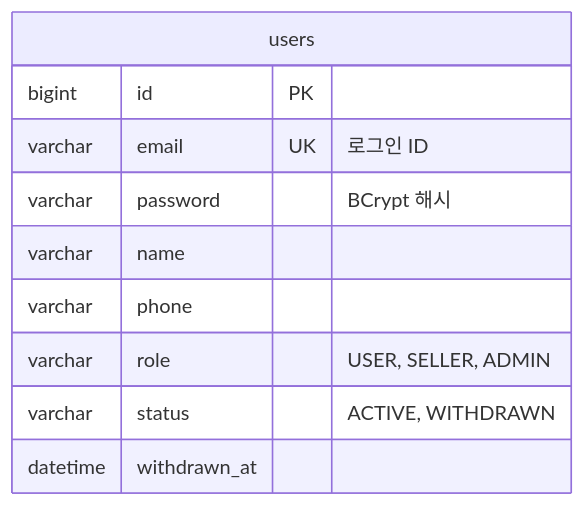
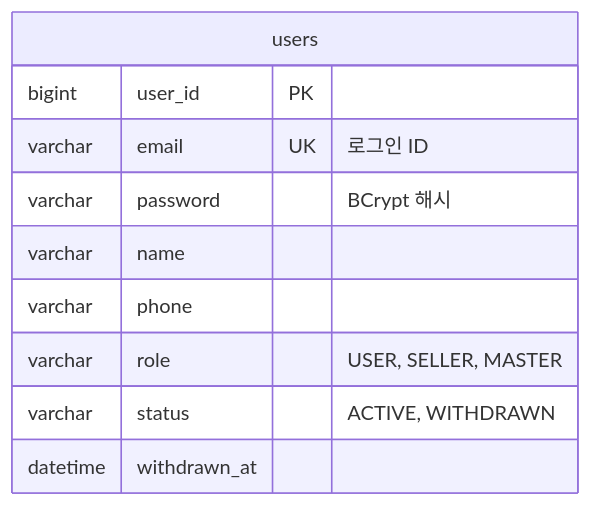
Before and after one commit to Good-Ticket-Service/ticket: the diagram in docs/user/tables.md, drawn with Mermaid. The commit also changed other lines of this file and 1 other file, not shown here.

First line of the commit message:
docs(user): 회원 API·테이블 문서를 구현에 맞춤

````diff
--- a/docs/user/tables.md
+++ b/docs/user/tables.md
@@ -10,13 +10,13 @@
 ```mermaid
 erDiagram
     users {
-        bigint id PK
+        bigint user_id PK
         varchar email UK "로그인 ID"
         varchar password "BCrypt 해시"
         varchar name
         varchar phone
-        varchar role "USER, SELLER, ADMIN"
+        varchar role "USER, SELLER, MASTER"
         varchar status "ACTIVE, WITHDRAWN"
         datetime withdrawn_at
     }
 ```
````
